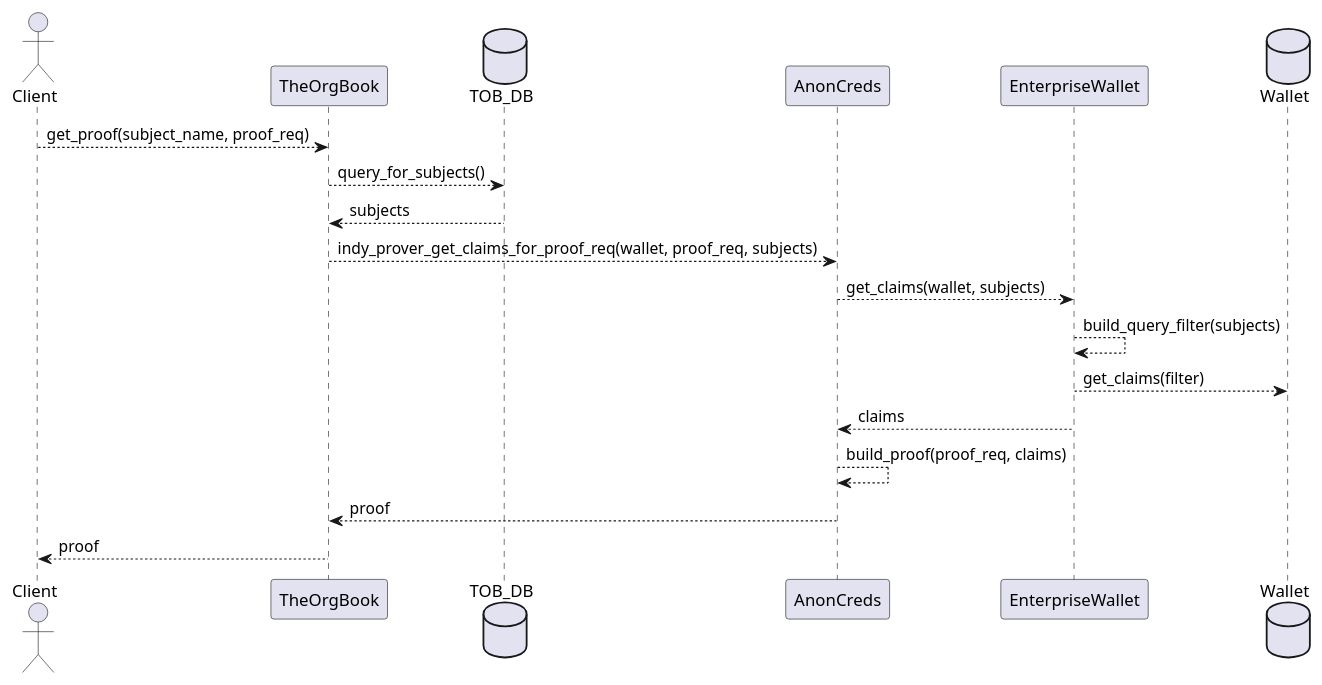
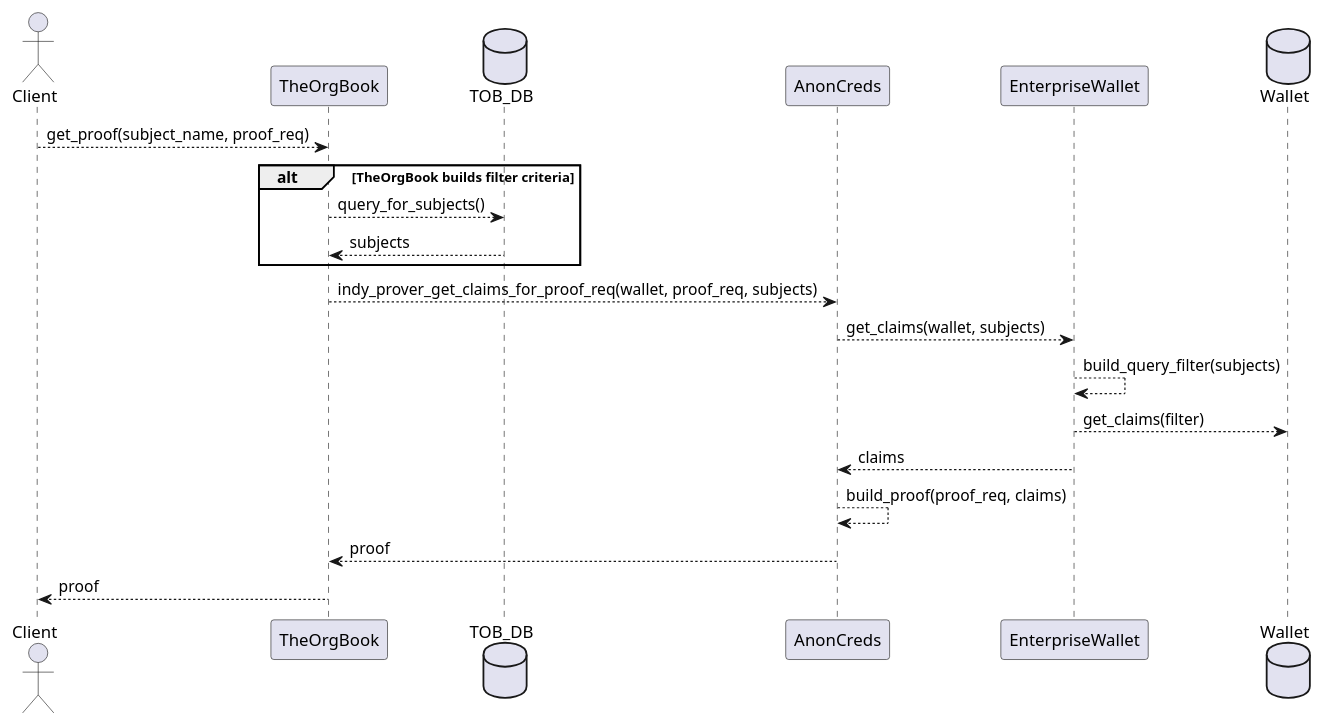
Before and after one commit to bcgov/indy-sdk: the diagram in doc/wallet/ew-query4-hybrid-query.puml, drawn with PlantUML. The commit also changed 8 other files, not shown here.

```diff
--- a/doc/wallet/ew-query4-hybrid-query.puml
+++ b/doc/wallet/ew-query4-hybrid-query.puml
@@ -1,20 +1,22 @@
 @startuml
 actor Client
 participant Client order 10
 participant TheOrgBook order 20
 database TOB_DB order 30
 participant AnonCreds order 40
 participant EnterpriseWallet order 50
 database Wallet order 60
 Client --> TheOrgBook: get_proof(subject_name, proof_req)
+alt TheOrgBook builds filter criteria
 TheOrgBook --> TOB_DB: query_for_subjects()
 TOB_DB --> TheOrgBook: subjects
+end
 TheOrgBook --> AnonCreds: indy_prover_get_claims_for_proof_req(wallet, proof_req, subjects)
 AnonCreds --> EnterpriseWallet: get_claims(wallet, subjects)
 EnterpriseWallet --> EnterpriseWallet: build_query_filter(subjects)
 EnterpriseWallet --> Wallet: get_claims(filter)
 EnterpriseWallet --> AnonCreds: claims
 AnonCreds --> AnonCreds: build_proof(proof_req, claims)
 AnonCreds --> TheOrgBook: proof
 TheOrgBook --> Client: proof
 @enduml
```
